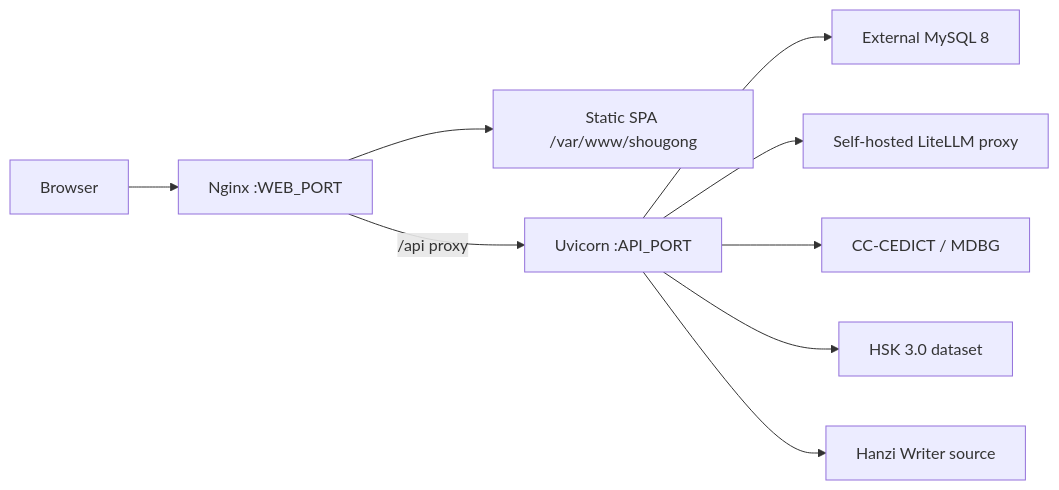
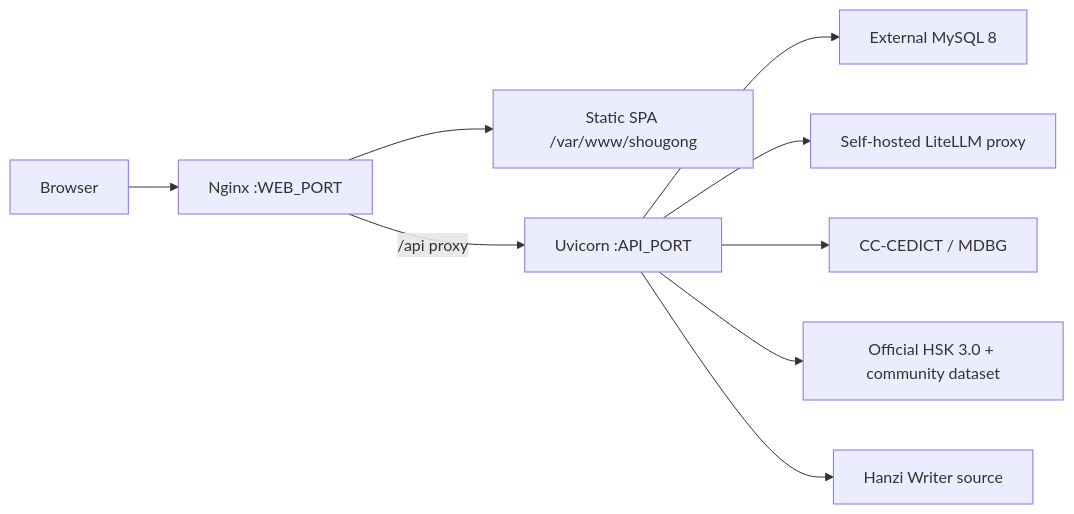
One commit to luiznaac/shougong changed the fifth of 5 diagrams in docs/02-architecture.md. Above: the diagram before and after it, drawn with Mermaid. The commit also changed other lines of this file and 29 other files, not shown here.

Commit message:
Source the HSK vocabulary level from the official HSK 3.0 list

````diff
--- a/docs/02-architecture.md
+++ b/docs/02-architecture.md
@@ -134,11 +134,11 @@
 ```mermaid
 flowchart LR
     User[Browser] --> Nginx[Nginx :WEB_PORT]
     Nginx --> SPA[Static SPA /var/www/shougong]
     Nginx -->|/api proxy| Uvicorn[Uvicorn :API_PORT]
     Uvicorn --> MySQL[External MySQL 8]
     Uvicorn --> LiteLLM[Self-hosted LiteLLM proxy]
     Uvicorn --> CEDICT[CC-CEDICT / MDBG]
-    Uvicorn --> HSK[HSK 3.0 dataset]
+    Uvicorn --> HSK[Official HSK 3.0 + community dataset]
     Uvicorn --> HZW[Hanzi Writer source]
 ```
````
